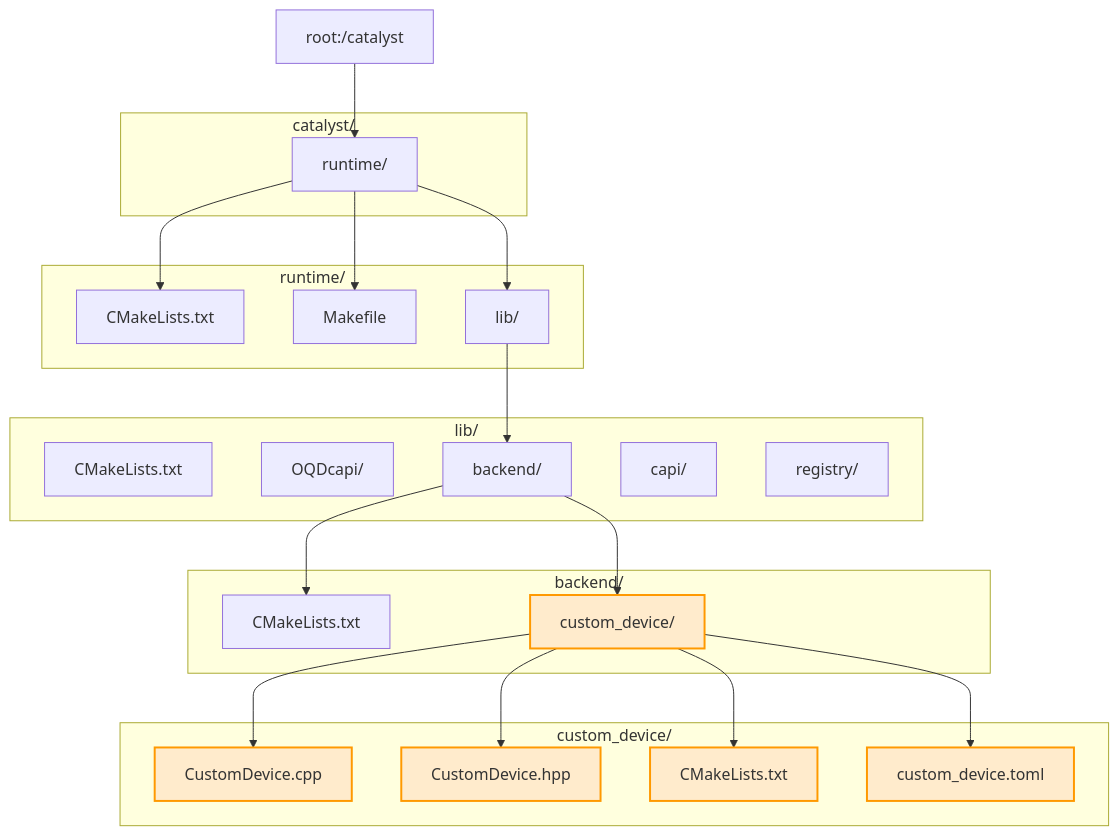
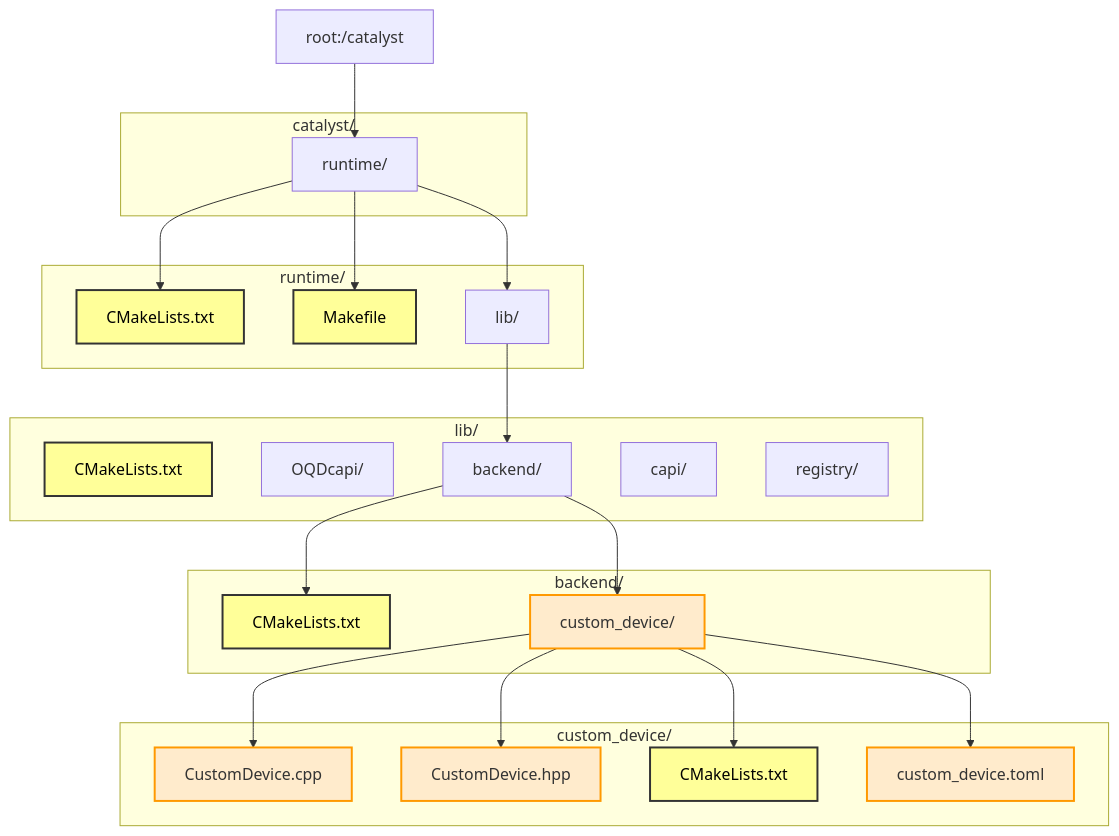
Before and after one commit to Ameya674/how_to_add_a_custom_device_in_Catalyst: the diagram in README.md, drawn with Mermaid.

````diff
--- a/README.md
+++ b/README.md
@@ -3,53 +3,56 @@
 ```mermaid
 graph TD
 
   A[root:/catalyst]
 
   subgraph catalyst/
     A1[runtime/]
   end
 
   subgraph runtime/
     R1[CMakeLists.txt]
     R2[Makefile]
     R3[lib/]
   end
 
   subgraph lib/
     L1[CMakeLists.txt]
     L2[OQDcapi/]
     L3[backend/]
     L4[capi/]
     L5[registry/]
   end
 
   subgraph backend/
     B1[CMakeLists.txt]
     B2[custom_device/]
   end
 
   subgraph custom_device/
     CD1[CustomDevice.cpp]
     CD2[CustomDevice.hpp]
     CD3[CMakeLists.txt]
     CD4[custom_device.toml]
   end
 
   %% Relationships
   A --> A1
   A1 --> R3
   A1 --> R1
   A1 --> R2
   R3 --> L3
   L3 --> B2
   L3 --> B1
   B2 --> CD1
   B2 --> CD2
   B2 --> CD3
   B2 --> CD4
 
   %% Styling
   classDef custom fill:#ffebcc,stroke:#ff9900,stroke-width:2px;
-  class B2,CD1,CD2,CD3,CD4 custom;
+  classDef yellow fill:#ffff99,stroke:#333,stroke-width:2px,color:#000;
+
+  class R1,R2,L1,B1,CD3 yellow;
+  class B2,CD1,CD2,CD4 custom;
 
 ```
````
